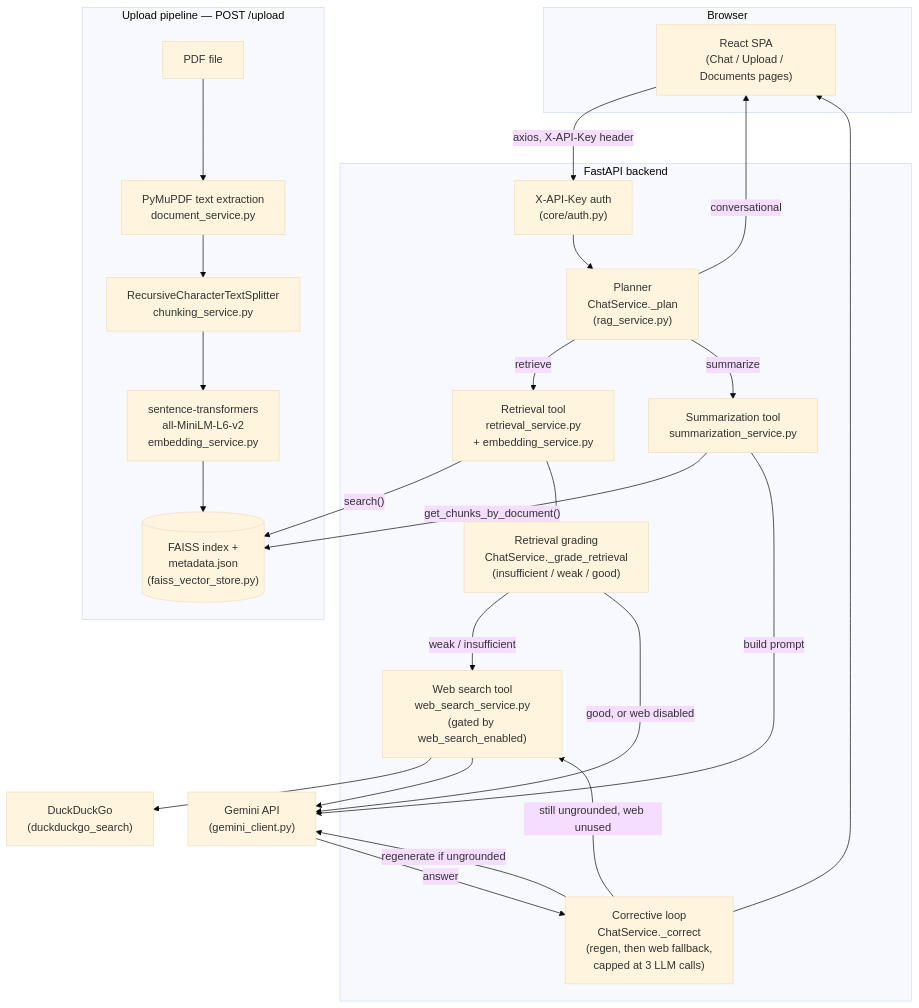
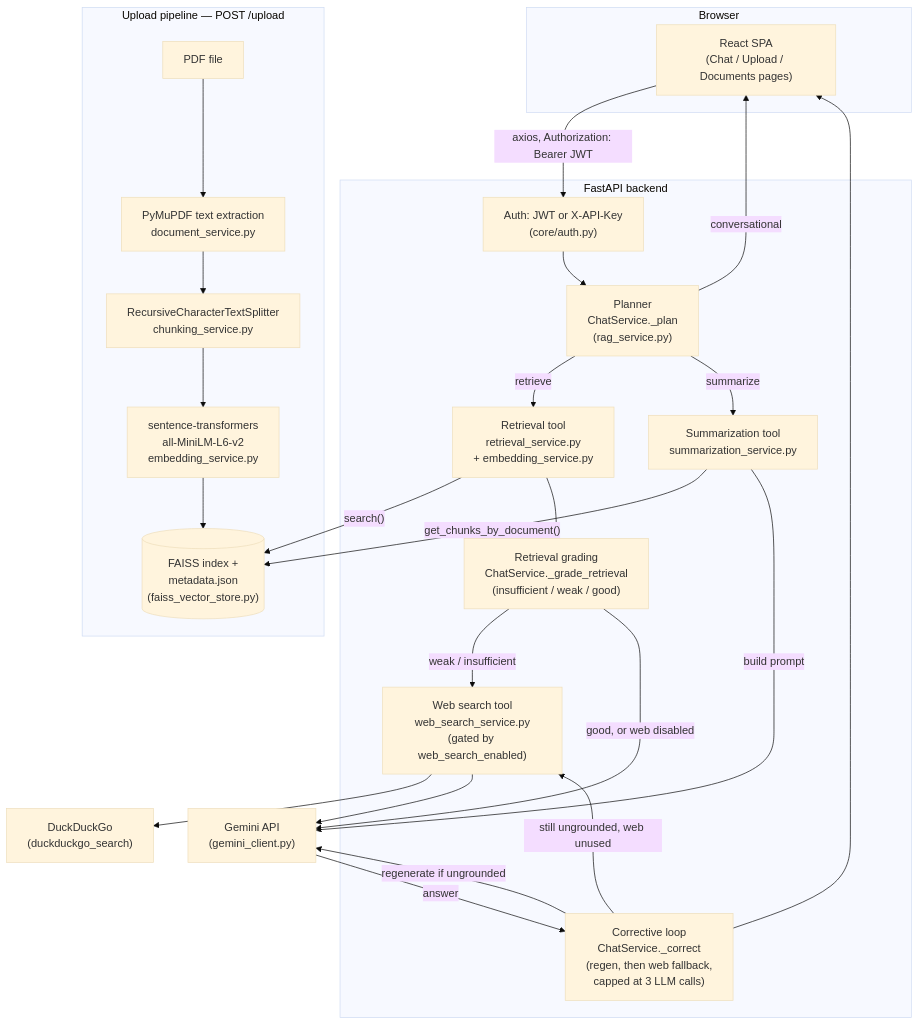
One commit to Udbhav748/InsightAI-RAG-Project- changed the first of 2 diagrams in docs/ARCHITECTURE.md. Above: the diagram before and after it, drawn with Mermaid (base theme). The commit also changed other lines of this file and 42 other files, not shown here.

````diff
--- a/docs/ARCHITECTURE.md
+++ b/docs/ARCHITECTURE.md
@@ -12,49 +12,49 @@
 ```mermaid
 flowchart TD
     subgraph Client["Browser"]
         UI["React SPA<br/>(Chat / Upload / Documents pages)"]
     end
 
     subgraph API["FastAPI backend"]
-        Auth["X-API-Key auth<br/>(core/auth.py)"]
+        Auth["Auth: JWT or X-API-Key<br/>(core/auth.py)"]
         Planner["Planner<br/>ChatService._plan<br/>(rag_service.py)"]
         Retrieval["Retrieval tool<br/>retrieval_service.py<br/>+ embedding_service.py"]
         Grading["Retrieval grading<br/>ChatService._grade_retrieval<br/>(insufficient / weak / good)"]
         WebSearch["Web search tool<br/>web_search_service.py<br/>(gated by web_search_enabled)"]
         Summarization["Summarization tool<br/>summarization_service.py"]
         Correct["Corrective loop<br/>ChatService._correct<br/>(regen, then web fallback,<br/>capped at 3 LLM calls)"]
     end
 
     FAISS[("FAISS index +<br/>metadata.json<br/>(faiss_vector_store.py)")]
     Gemini["Gemini API<br/>(gemini_client.py)"]
     DDG["DuckDuckGo<br/>(duckduckgo_search)"]
 
-    UI -- "axios, X-API-Key header" --> Auth
+    UI -- "axios, Authorization: Bearer JWT" --> Auth
     Auth --> Planner
 
     Planner -- "conversational" --> UI
     Planner -- "retrieve" --> Retrieval
     Planner -- "summarize" --> Summarization
 
     Retrieval -- "search()" --> FAISS
     Retrieval --> Grading
     Grading -- "weak / insufficient" --> WebSearch
     Grading -- "good, or web disabled" --> Gemini
     WebSearch --> DDG
     WebSearch --> Gemini
 
     Summarization -- "get_chunks_by_document()" --> FAISS
     Summarization -- "build prompt" --> Gemini
 
     Gemini -- "answer" --> Correct
     Correct -- "regenerate if ungrounded" --> Gemini
     Correct -- "still ungrounded, web unused" --> WebSearch
     Correct --> UI
 
     subgraph Upload["Upload pipeline — POST /upload"]
         PDF["PDF file"] --> PyMuPDF["PyMuPDF text extraction<br/>document_service.py"]
         PyMuPDF --> Chunker["RecursiveCharacterTextSplitter<br/>chunking_service.py"]
         Chunker --> STF["sentence-transformers<br/>all-MiniLM-L6-v2<br/>embedding_service.py"]
         STF --> FAISS
     end
 ```
````
